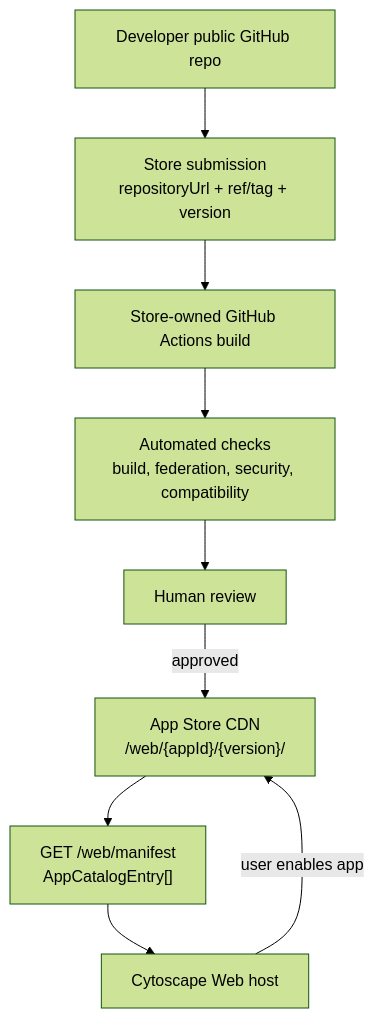
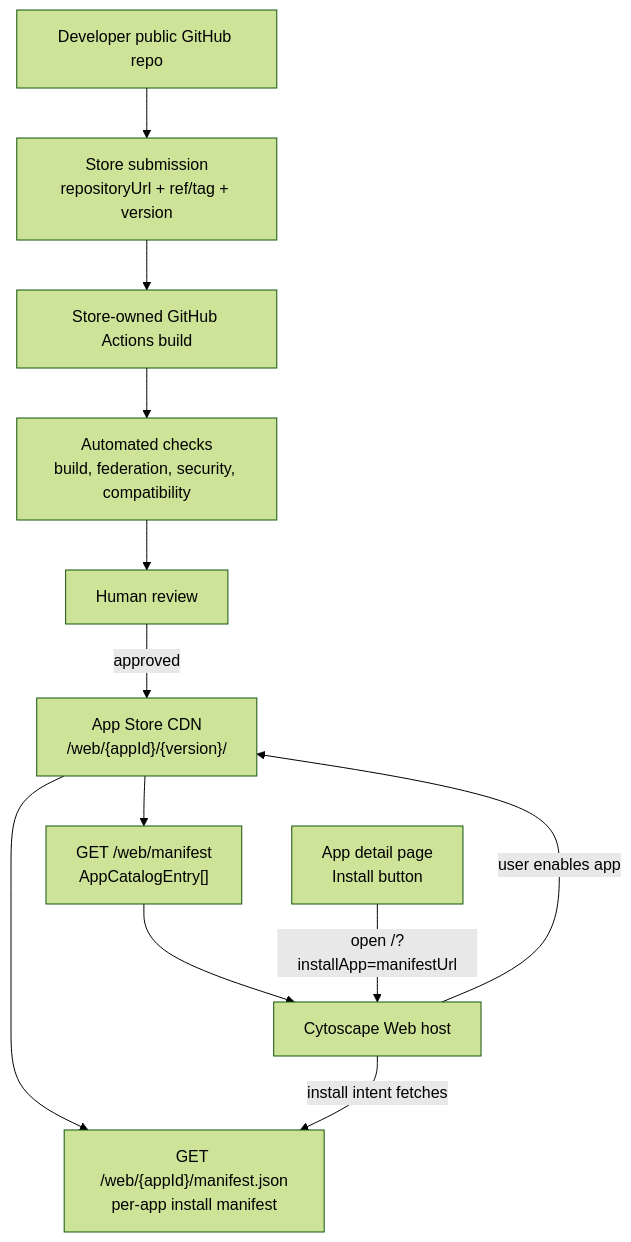
Before and after one commit to cytoscape/cytoscape-web: the first of 3 diagrams in docs/design/module-federation/specifications/app-store-design.md, drawn with Mermaid (forest theme). The commit also changed other lines of this file and 2 other files, not shown here.

First line of the commit message:
docs: align App Store design with install flow decisions (Rev. 4)

````diff
--- a/docs/design/module-federation/specifications/app-store-design.md
+++ b/docs/design/module-federation/specifications/app-store-design.md
@@ -153,20 +167,25 @@
 ```mermaid
 flowchart TD
     DevRepo["Developer public GitHub repo"]
     Submission["Store submission<br/>repositoryUrl + ref/tag + version"]
     Build["Store-owned GitHub Actions build"]
     Checks["Automated checks<br/>build, federation, security, compatibility"]
     Review["Human review"]
     CDN["App Store CDN<br/>/web/{appId}/{version}/"]
     Manifest["GET /web/manifest<br/>AppCatalogEntry[]"]
+    AppManifest["GET /web/{appId}/manifest.json<br/>per-app install manifest"]
+    Detail["App detail page<br/>Install button"]
     Host["Cytoscape Web host"]
 
     DevRepo --> Submission
     Submission --> Build
     Build --> Checks
     Checks --> Review
     Review -->|approved| CDN
     CDN --> Manifest
+    CDN --> AppManifest
     Manifest --> Host
+    Detail -->|open /?installApp=manifestUrl| Host
+    Host -->|install intent fetches| AppManifest
     Host -->|user enables app| CDN
 ```
````
